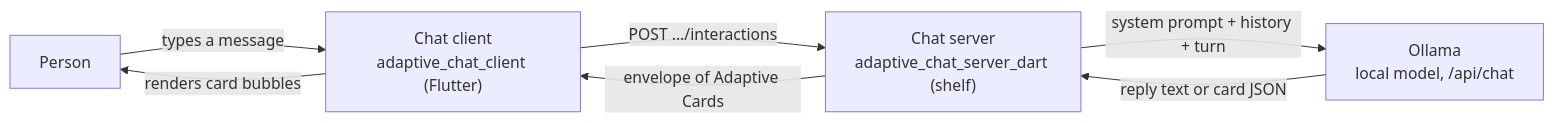
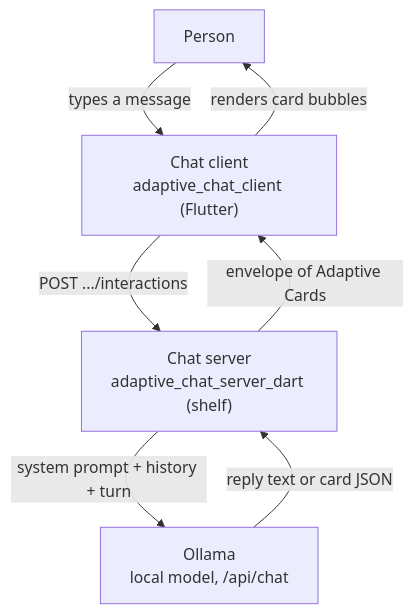
One commit to freemansoft/Flutter-AdaptiveCards changed the first of 3 diagrams in adaptive_chat_client/README.md. Above: the diagram before and after it, drawn with Mermaid. The commit also changed 1 other file, not shown here.

Commit message:
docs(chat): lay out the system-context flow diagram top to bottom

````diff
--- a/adaptive_chat_client/README.md
+++ b/adaptive_chat_client/README.md
@@ -12,13 +12,13 @@
 ```mermaid
-flowchart LR
+flowchart TB
   PERSON["Person"]
   CLIENT["Chat client<br/>adaptive_chat_client (Flutter)"]
   SERVER["Chat server<br/>adaptive_chat_server_dart (shelf)"]
   OLLAMA["Ollama<br/>local model, /api/chat"]
   PERSON -->|"types a message"| CLIENT
   CLIENT -->|"renders card bubbles"| PERSON
   CLIENT -->|"POST .../interactions"| SERVER
   SERVER -->|"envelope of Adaptive Cards"| CLIENT
   SERVER -->|"system prompt + history + turn"| OLLAMA
   OLLAMA -->|"reply text or card JSON"| SERVER
 ```
````
